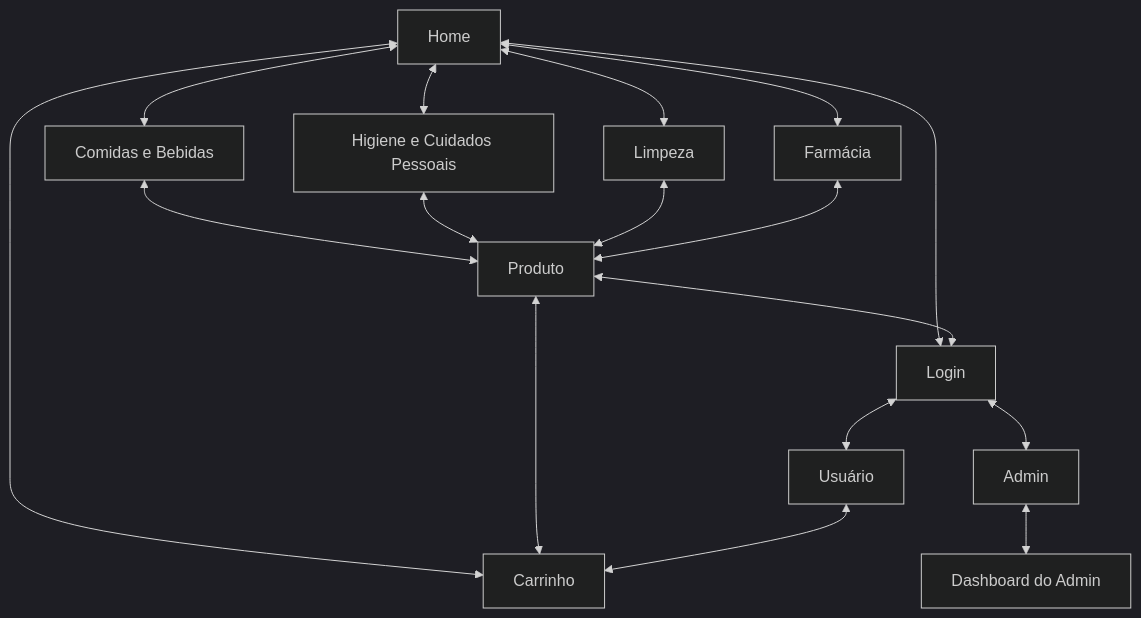
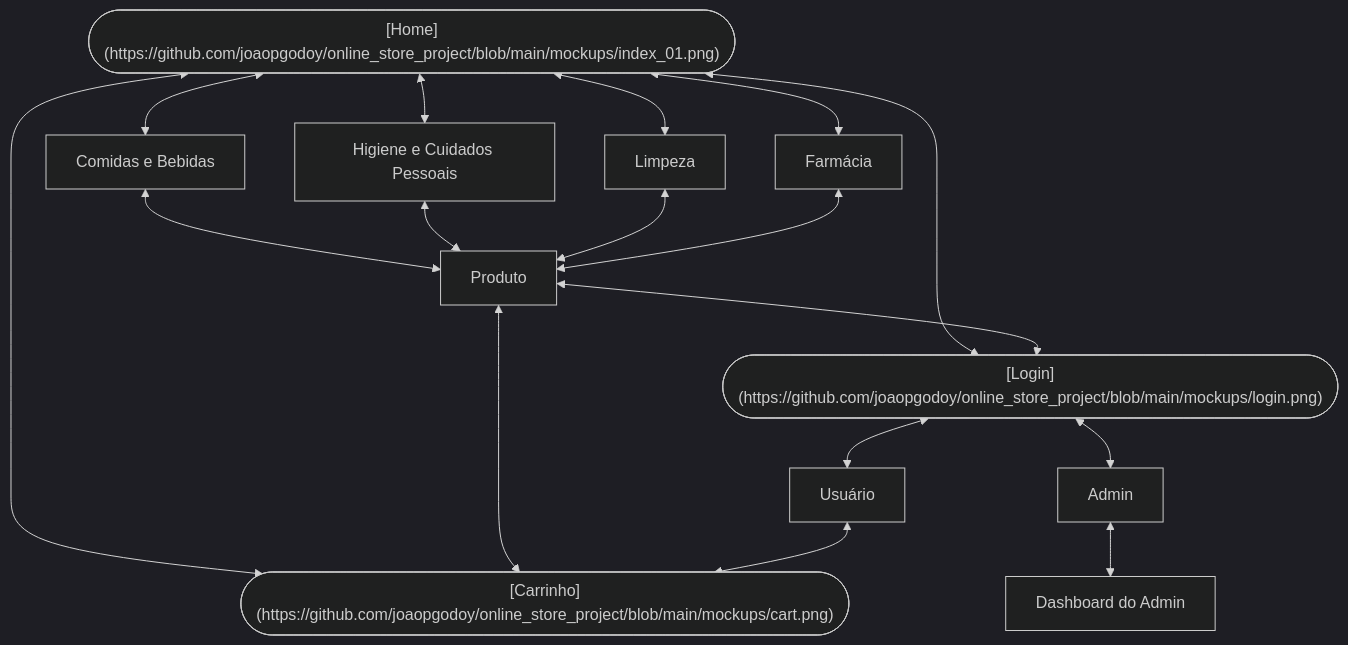
One commit to joaopgodoy/online_store_project changed the diagram in README.md. Above: the diagram before and after it, drawn with Mermaid (dark theme).

Commit message:
FIX: navigation diagram at README

````diff
--- a/README.md
+++ b/README.md
@@ -47,41 +47,38 @@
 ```mermaid
 graph TD
-  click Home "https://github.com/joaopgodoy/online_store_project/blob/main/mockups/index_01.png" _blank
-  click Carrinho "https://github.com/joaopgodoy/online_store_project/blob/main/mockups/cart.png" _blank
-  click Login "https://github.com/joaopgodoy/online_store_project/blob/main/mockups/login.png" _blank
-
-  Home[Home]
+  Home(["[Home](https://github.com/joaopgodoy/online_store_project/blob/main/mockups/index_01.png)"])
   Comidas[Comidas e Bebidas]
   Higiene[Higiene e Cuidados Pessoais]
   Limpeza[Limpeza]
   Farmacia[Farmácia]
   Produto[Produto]
-  Carrinho[Carrinho]
-  Login[Login]
+  Carrinho(["[Carrinho](https://github.com/joaopgodoy/online_store_project/blob/main/mockups/cart.png)"])
+  Login(["[Login](https://github.com/joaopgodoy/online_store_project/blob/main/mockups/login.png)"])
   Usuario[Usuário]
   Admin[Admin]
   Dashboard[Dashboard do Admin]
 
   Home <--> Comidas
   Home <--> Higiene
   Home <--> Limpeza
   Home <--> Farmacia
   Home <--> Carrinho
   Home <--> Login
 
   Comidas <--> Produto
   Higiene <--> Produto
   Limpeza <--> Produto
   Farmacia <--> Produto
 
   Produto <--> Carrinho
   Produto <--> Login
 
   Login <--> Usuario
   Usuario <--> Carrinho
 
   Login <--> Admin
   Admin <--> Dashboard
 
 
+
 ```
````
